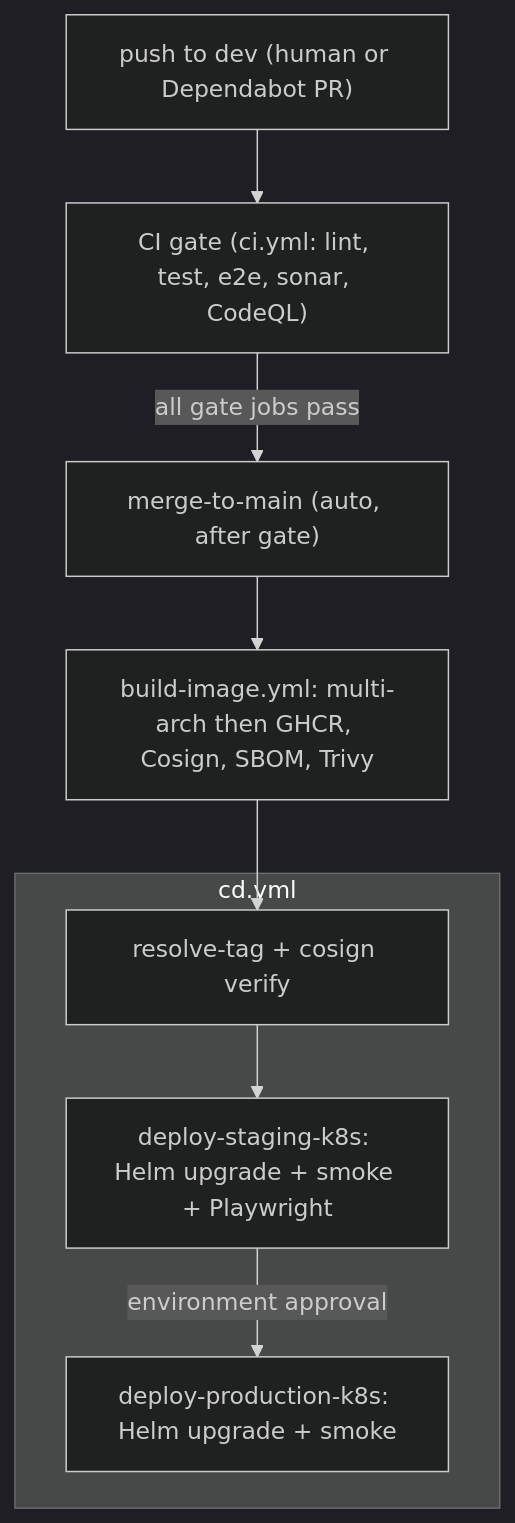
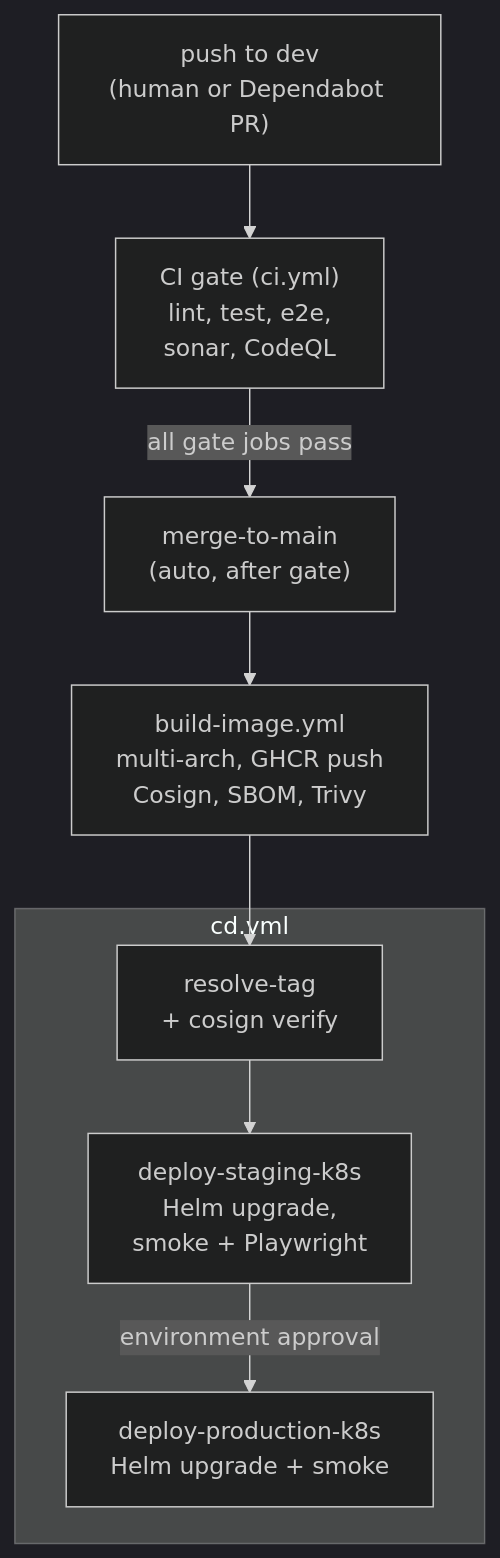
The diagram in docs/Continuous-Deployment.md (volchanskyi/opengate), drawn with Mermaid (dark theme) before and after one commit. The commit also changed 4 other files, not shown here.

First line of the commit message:
docs(diagrams): fall back C4 to flowchart; wrap clipped flowchart labels

````diff
--- a/docs/Continuous-Deployment.md
+++ b/docs/Continuous-Deployment.md
@@ -16,19 +16,19 @@
 ```mermaid
 flowchart TB
-  DEV["push to dev (human or Dependabot PR)"]
-  CI["CI gate (ci.yml: lint, test, e2e, sonar, CodeQL)"]
-  MERGE["merge-to-main (auto, after gate)"]
-  BUILD["build-image.yml: multi-arch then GHCR, Cosign, SBOM, Trivy"]
+  DEV["push to dev<br/>(human or Dependabot PR)"]
+  CI["CI gate (ci.yml)<br/>lint, test, e2e,<br/>sonar, CodeQL"]
+  MERGE["merge-to-main<br/>(auto, after gate)"]
+  BUILD["build-image.yml<br/>multi-arch, GHCR push<br/>Cosign, SBOM, Trivy"]
   subgraph CD["cd.yml"]
-    RESOLVE["resolve-tag + cosign verify"]
-    STAGING["deploy-staging-k8s: Helm upgrade + smoke + Playwright"]
-    PROD["deploy-production-k8s: Helm upgrade + smoke"]
+    RESOLVE["resolve-tag<br/>+ cosign verify"]
+    STAGING["deploy-staging-k8s<br/>Helm upgrade,<br/>smoke + Playwright"]
+    PROD["deploy-production-k8s<br/>Helm upgrade + smoke"]
   end
 
   DEV --> CI
-  CI -->|all gate jobs pass| MERGE
+  CI -->|"all gate jobs pass"| MERGE
   MERGE --> BUILD
   BUILD --> RESOLVE
   RESOLVE --> STAGING
-  STAGING -->|environment approval| PROD
+  STAGING -->|"environment approval"| PROD
 ```
````
